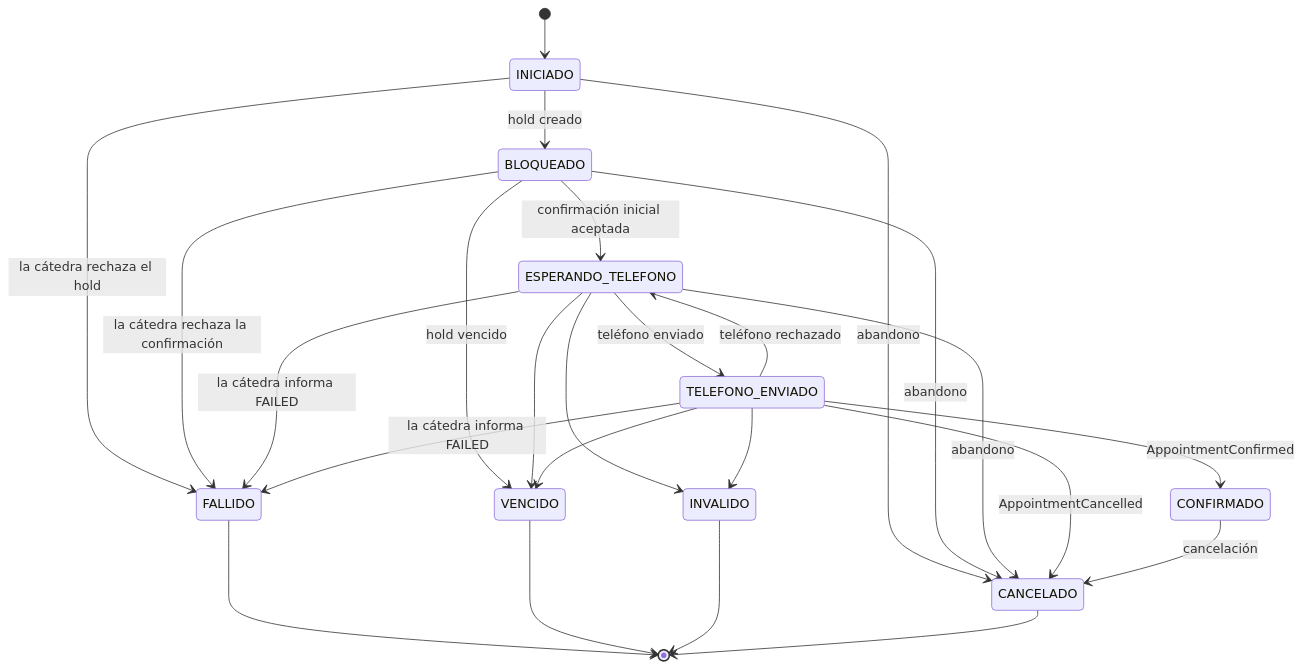
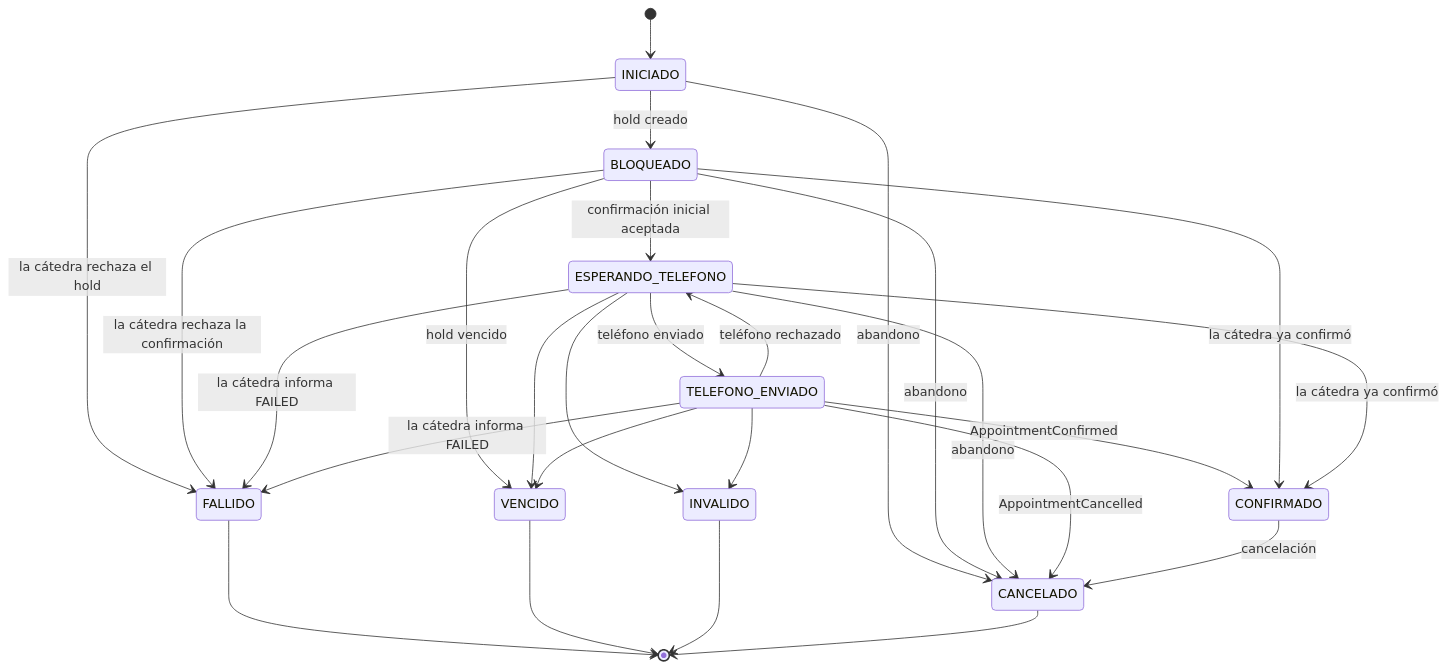
The second of 2 diagrams in docs/casos-de-uso/README.md (Tejada-ProgramacionII/turnos-reservas-service), drawn with Mermaid before and after one commit. The commit also changed other lines of this file and 3 other files, not shown here.

Commit message:
feat(reserva): permitir confirmar desde BLOQUEADO y ESPERANDO_TELEFONO

````diff
--- a/docs/casos-de-uso/README.md
+++ b/docs/casos-de-uso/README.md
@@ -80,27 +80,29 @@
 ```mermaid
 stateDiagram-v2
     [*] --> INICIADO
     INICIADO --> BLOQUEADO: hold creado
     INICIADO --> FALLIDO: la cátedra rechaza el hold
     BLOQUEADO --> ESPERANDO_TELEFONO: confirmación inicial aceptada
     BLOQUEADO --> VENCIDO: hold vencido
     BLOQUEADO --> FALLIDO: la cátedra rechaza la confirmación
     ESPERANDO_TELEFONO --> TELEFONO_ENVIADO: teléfono enviado
     TELEFONO_ENVIADO --> ESPERANDO_TELEFONO: teléfono rechazado
     ESPERANDO_TELEFONO --> VENCIDO
     TELEFONO_ENVIADO --> VENCIDO
     ESPERANDO_TELEFONO --> INVALIDO
     TELEFONO_ENVIADO --> INVALIDO
     ESPERANDO_TELEFONO --> FALLIDO: la cátedra informa FAILED
     TELEFONO_ENVIADO --> FALLIDO: la cátedra informa FAILED
     TELEFONO_ENVIADO --> CONFIRMADO: AppointmentConfirmed
+    BLOQUEADO --> CONFIRMADO: la cátedra ya confirmó
+    ESPERANDO_TELEFONO --> CONFIRMADO: la cátedra ya confirmó
     INICIADO --> CANCELADO: abandono
     BLOQUEADO --> CANCELADO: abandono
     ESPERANDO_TELEFONO --> CANCELADO: abandono
     TELEFONO_ENVIADO --> CANCELADO: AppointmentCancelled
     CONFIRMADO --> CANCELADO: cancelación
     FALLIDO --> [*]
     VENCIDO --> [*]
     INVALIDO --> [*]
     CANCELADO --> [*]
 ```
````
